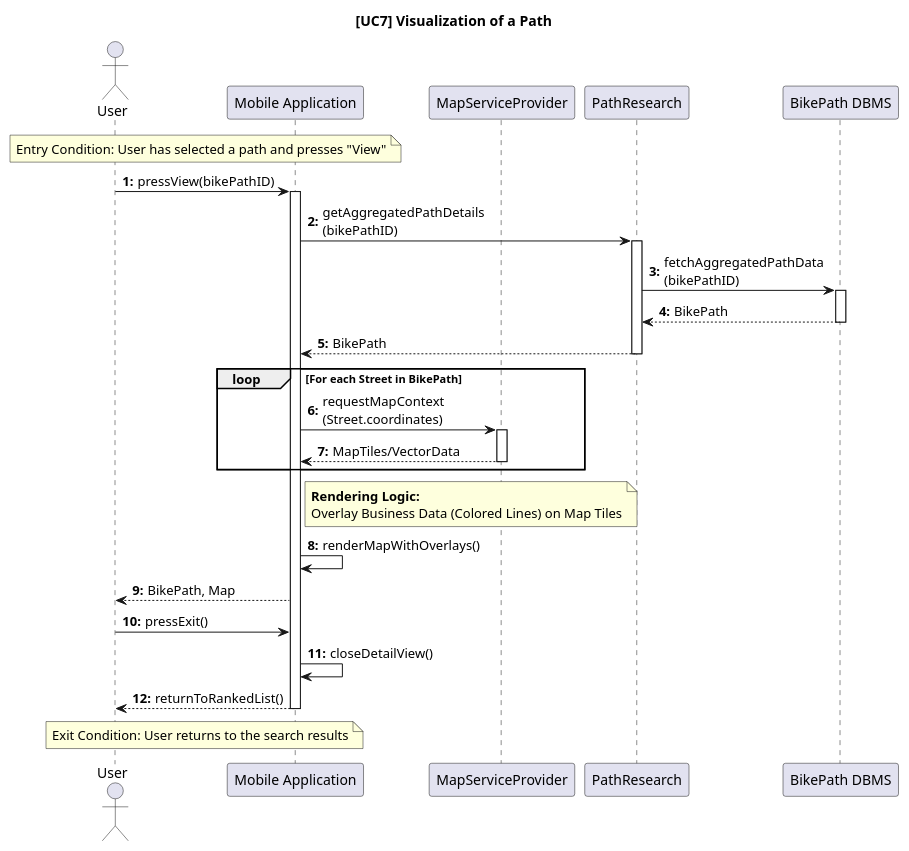
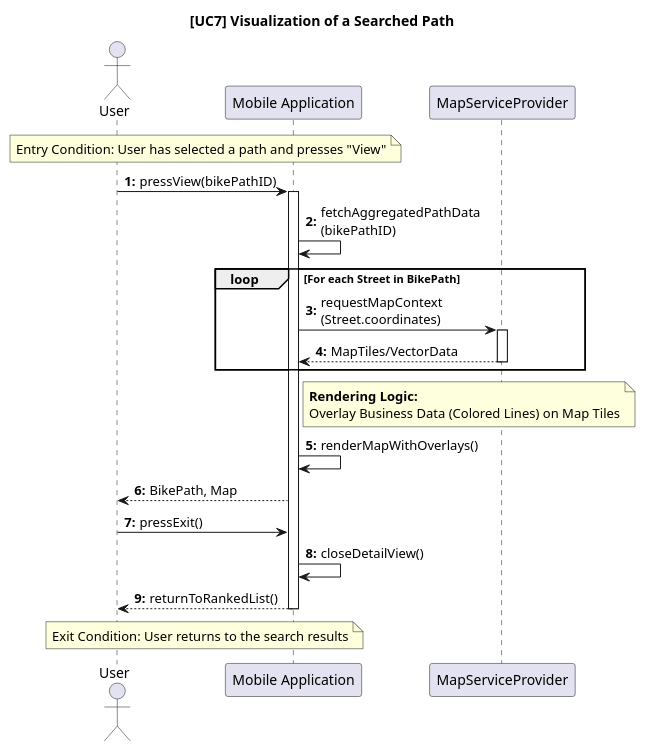
One commit to ilevinci/RubinoUvinsiVinciguerra changed the diagram in DD/sequencediagrams/usecase7.puml. Above: the diagram before and after it, drawn with PlantUML. The commit also changed 7 other files, not shown here.

Commit message:
refinement of use case diagrams (maybe last version, i hope)

```diff
--- a/DD/sequencediagrams/usecase7.puml
+++ b/DD/sequencediagrams/usecase7.puml
@@ -1,72 +1,59 @@
 @startuml UC7_VisualizationPath_Final
 autonumber "<b>0:"
-title [UC7] Visualization of a Path
+title [UC7] Visualization of a Searched Path
 
 ' =======================================================
 ' COMPONENT DEFINITION
 ' =======================================================
 actor "User" as User
 participant "Mobile Application" as Client
 
 ' Servizio Esterno (Indispensabile per il rendering grafico)
 participant "MapServiceProvider" as Map
-
-' Backend System
-participant "PathResearch" as PR
-participant "BikePath DBMS" as DB
 
 ' =======================================================
 ' ENTRY CONDITION
 ' =======================================================
 note over User, Client: Entry Condition: User has selected a path and presses "View"
 
 ' =======================================================
 ' (a) FETCH DATA & MAP CONTEXT
 ' =======================================================
 User -> Client: pressView(bikePathID)
 activate Client
 
-' 1. Recupero Dati del Percorso (Logica di Business)
-Client -> PR: getAggregatedPathDetails\n(bikePathID)
-activate PR
 
 ' Query al DBMS
-PR -> DB: fetchAggregatedPathData\n(bikePathID)
-activate DB
-DB --> PR: BikePath
-deactivate DB
+Client -> Client: fetchAggregatedPathData\n(bikePathID)
 
-' Ritorno dati al Client
-PR --> Client: BikePath
-deactivate PR
 
 ' 2. Recupero Mappa dal Service Provider
 loop For each Street in BikePath
 
     Client -> Map: requestMapContext\n(Street.coordinates)
     activate Map
     Map --> Client: MapTiles/VectorData
     deactivate Map
 end
 
 ' =======================================================
 ' RENDERING LATO CLIENT
 ' =======================================================
 note right of Client: **Rendering Logic:**\nOverlay Business Data (Colored Lines) on Map Tiles
 
 
 Client -> Client: renderMapWithOverlays()
 Client --> User: BikePath, Map
 
 ' =======================================================
 ' EXIT CONDITION
 ' =======================================================
 User -> Client: pressExit()
 
 Client -> Client: closeDetailView()
 Client --> User: returnToRankedList()
 
 note over User, Client: Exit Condition: User returns to the search results
 
 deactivate Client
 @enduml
```
